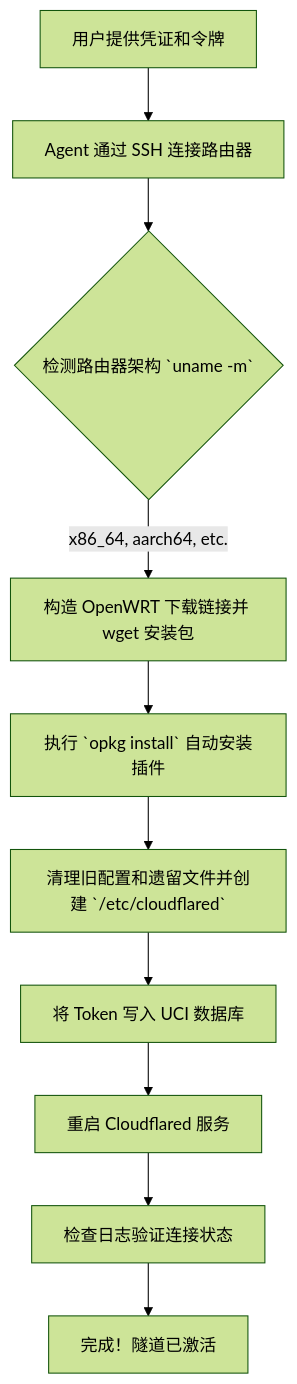
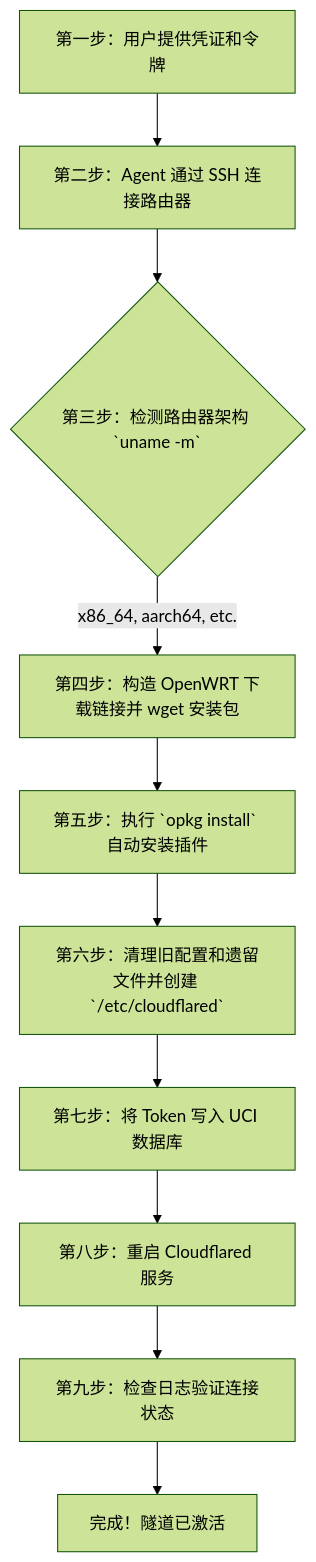
Before and after one commit to takedwind/cloudflare-tunnel-istoreos-skill: the diagram in README_zh.md, drawn with Mermaid (forest theme). The commit also changed other lines of this file and 1 other file, not shown here.

Commit message:
docs: restructure READMEs to follow flowchart steps exactly

````diff
--- a/README_zh.md
+++ b/README_zh.md
@@ -9,12 +9,12 @@
 ```mermaid
 graph TD
-    A[用户提供凭证和令牌] --> B[Agent 通过 SSH 连接路由器]
-    B --> C{检测路由器架构 `uname -m`}
-    C -->|x86_64, aarch64, etc.| D[构造 OpenWRT 下载链接并 wget 安装包]
-    D --> E[执行 `opkg install` 自动安装插件]
-    E --> F[清理旧配置和遗留文件并创建 `/etc/cloudflared`]
-    F --> G[将 Token 写入 UCI 数据库]
-    G --> H[重启 Cloudflared 服务]
-    H --> I[检查日志验证连接状态]
+    A[第一步：用户提供凭证和令牌] --> B[第二步：Agent 通过 SSH 连接路由器]
+    B --> C{第三步：检测路由器架构 `uname -m`}
+    C -->|x86_64, aarch64, etc.| D[第四步：构造 OpenWRT 下载链接并 wget 安装包]
+    D --> E[第五步：执行 `opkg install` 自动安装插件]
+    E --> F[第六步：清理旧配置和遗留文件并创建 `/etc/cloudflared`]
+    F --> G[第七步：将 Token 写入 UCI 数据库]
+    G --> H[第八步：重启 Cloudflared 服务]
+    H --> I[第九步：检查日志验证连接状态]
     I --> J[完成！隧道已激活]
 ```
````
